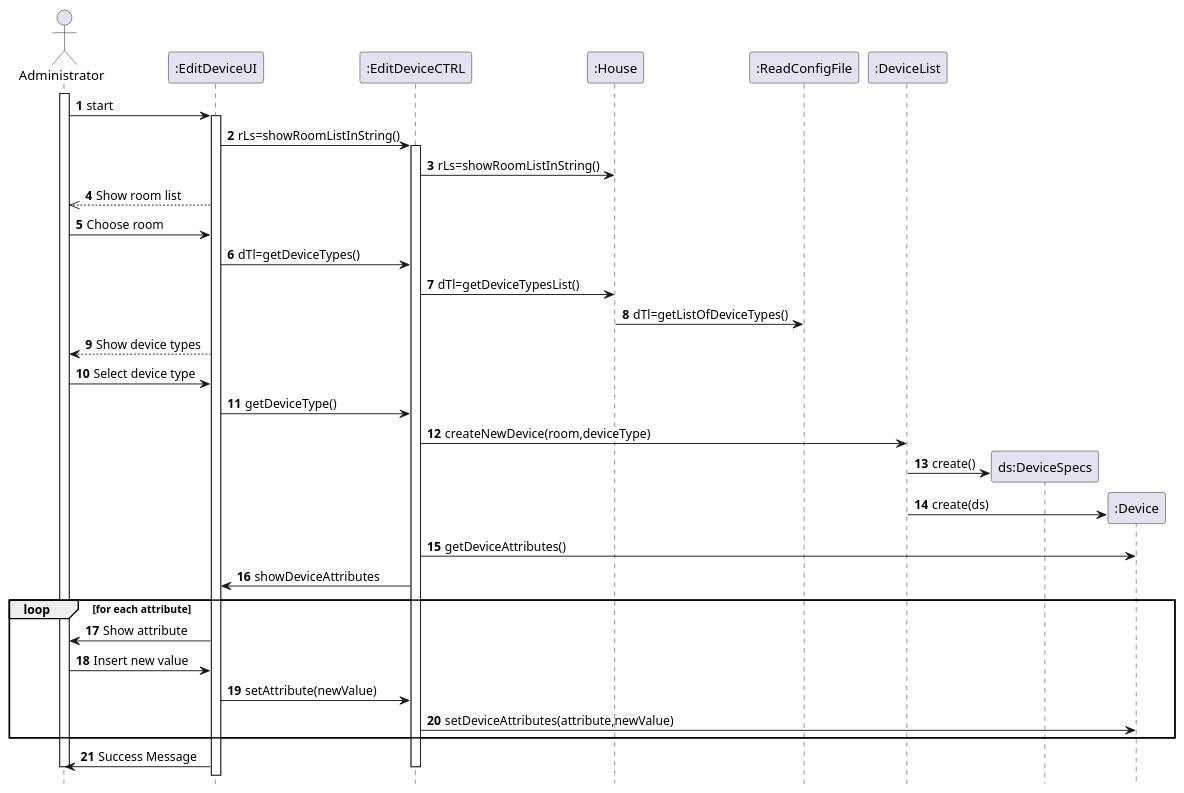
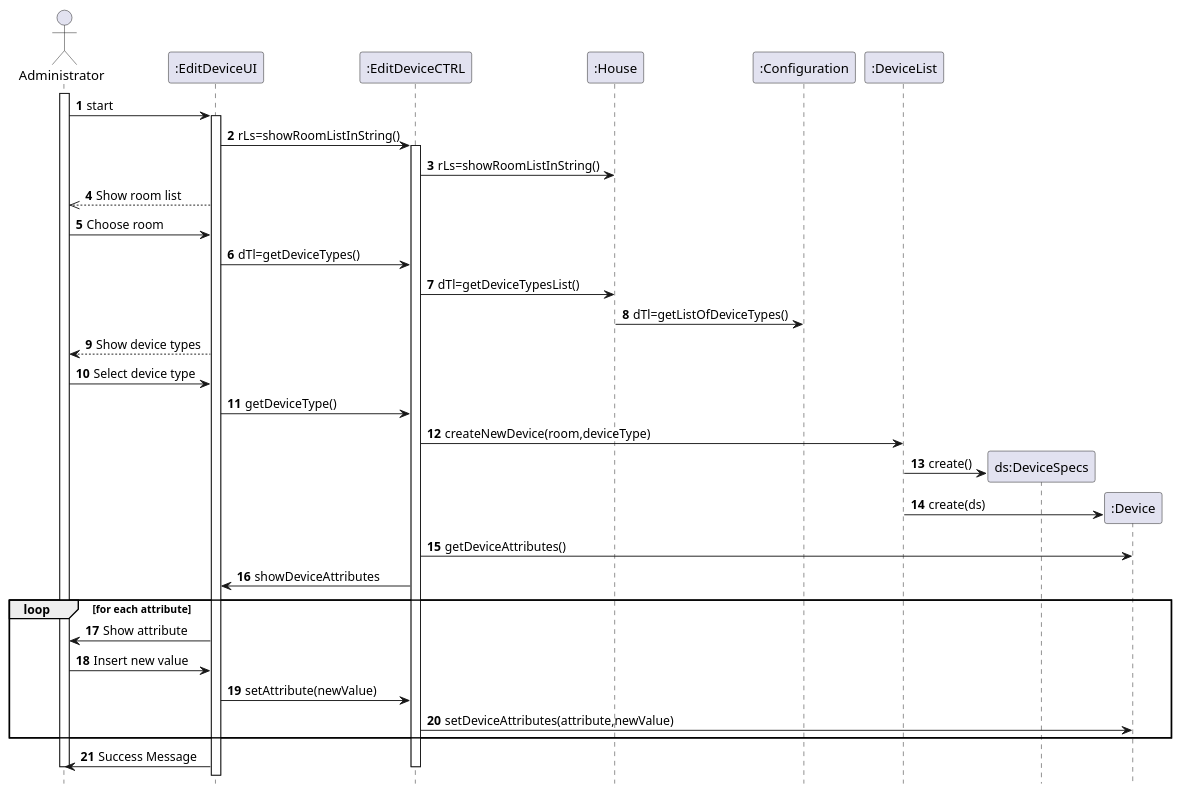
One commit to emanuel-pereira/hou changed the diagram in src/main/java/smarthome/uml/sequencediagrams/CreateDeviceSequence.puml. Above: the diagram before and after it, drawn with PlantUML. The commit also changed 1 other file, not shown here.

```diff
--- a/src/main/java/smarthome/uml/sequencediagrams/CreateDeviceSequence.puml
+++ b/src/main/java/smarthome/uml/sequencediagrams/CreateDeviceSequence.puml
@@ -1,59 +1,59 @@
 @startuml
 autonumber
 hidefootbox
 
 actor Administrator
 activate Administrator
 
 Administrator -> ":EditDeviceUI": start
 
 activate ":EditDeviceUI"
 
 ":EditDeviceUI" -> ":EditDeviceCTRL": rLs=showRoomListInString()
 
 activate ":EditDeviceCTRL"
 
 ":EditDeviceCTRL" -> ":House": rLs=showRoomListInString()
 
 Administrator <<-- ":EditDeviceUI": Show room list
 
 Administrator -> ":EditDeviceUI": Choose room
 
 ":EditDeviceUI" -> ":EditDeviceCTRL": dTl=getDeviceTypes()
 
 ":EditDeviceCTRL" -> ":House": dTl=getDeviceTypesList()
 
-":House" -> ":ReadConfigFile": dTl=getListOfDeviceTypes()
+":House" -> ":Configuration": dTl=getListOfDeviceTypes()
 
 ":EditDeviceUI" --> "Administrator": Show device types
 
 "Administrator" -> ":EditDeviceUI": Select device type
 
 ":EditDeviceUI" -> ":EditDeviceCTRL": getDeviceType()
 
 
 ":EditDeviceCTRL" -> ":DeviceList": createNewDevice(room,deviceType)
 
 create "ds:DeviceSpecs"
 ":DeviceList" -> "ds:DeviceSpecs": create()
 
 create ":Device"
 ":DeviceList" -> ":Device": create(ds)
 
 ":Device" <- ":EditDeviceCTRL": getDeviceAttributes()
 
 ":EditDeviceCTRL" -> ":EditDeviceUI": showDeviceAttributes
 
  loop for each attribute
 	    ":EditDeviceUI" -> Administrator: Show attribute
 	    "Administrator" -> ":EditDeviceUI": Insert new value
         ":EditDeviceUI" -> ":EditDeviceCTRL": setAttribute(newValue)
         ":EditDeviceCTRL" -> ":Device": setDeviceAttributes(attribute,newValue)
 
 end
         ":EditDeviceUI" -> "Administrator": Success Message
 
 deactivate ":EditDeviceCTRL"
 deactivate Administrator
 
 @enduml
```
